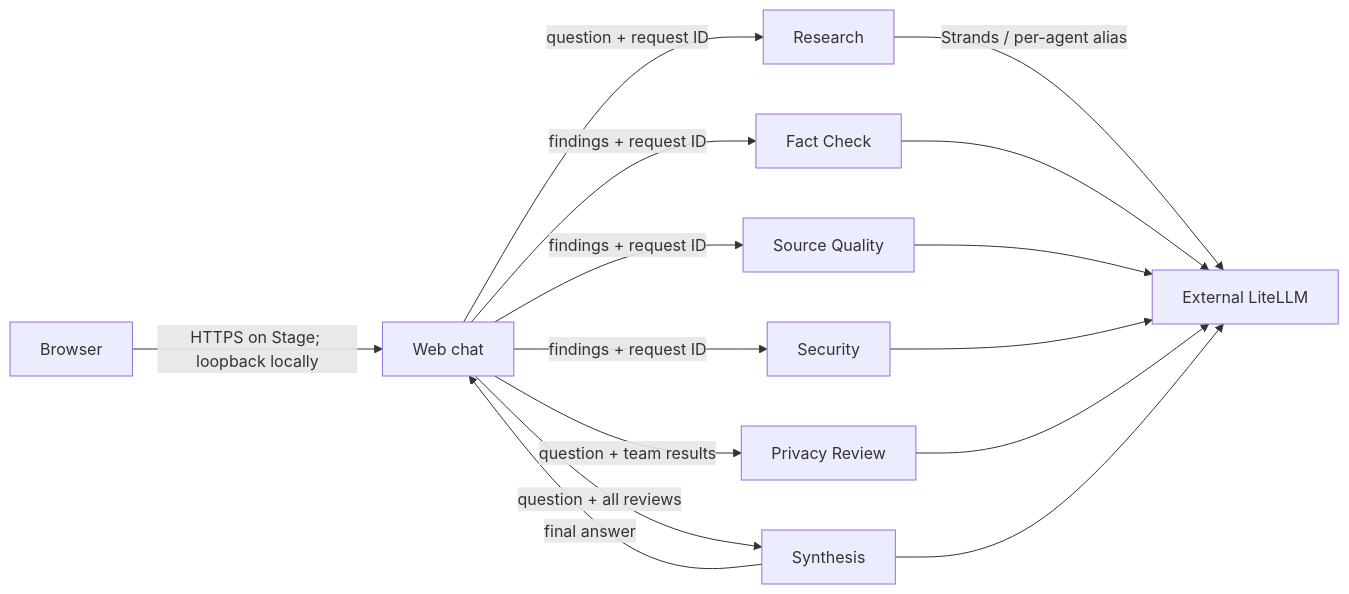
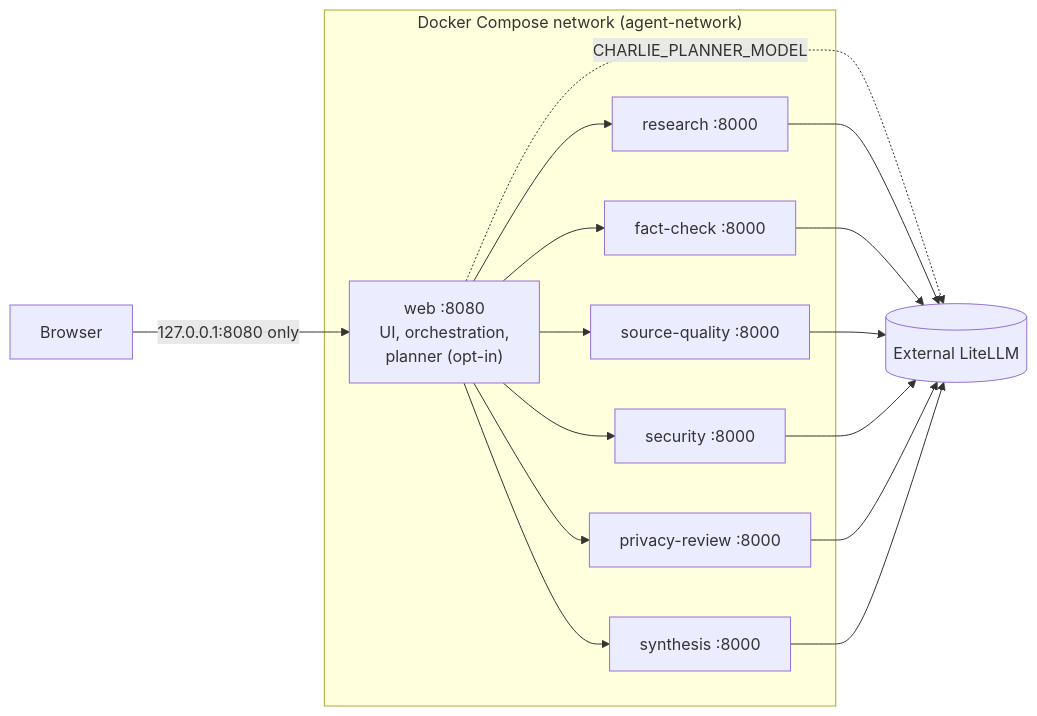
Before and after one commit to vchokshi/viharbot: the second of 6 diagrams in docs/architecture.md, drawn with Mermaid. The commit also changed other lines of this file and 17 other files, not shown here.

First line of the commit message:
Phase 6.5: architecture audit, documentation reconciliation, development baseline

````diff
--- a/docs/architecture.md
+++ b/docs/architecture.md
@@ -7,17 +33,16 @@
 ```mermaid
 flowchart LR
-  U[Browser] -->|HTTPS on Stage; loopback locally| W[Web chat]
-  W -->|question + request ID| R[Research]
-  W -->|findings + request ID| F[Fact Check]
-  W -->|findings + request ID| Q[Source Quality]
-  W -->|findings + request ID| S[Security]
-  W -->|question + team results| P[Privacy Review]
-  W -->|question + all reviews| Y[Synthesis]
-  R -->|Strands / per-agent alias| L[External LiteLLM]
-  F --> L
-  Q --> L
-  S --> L
-  P --> L
-  Y --> L
-  Y -->|final answer| W
+  subgraph Host["Docker Compose network (agent-network)"]
+    W["web :8080<br/>UI, orchestration,<br/>planner (opt-in)"]
+    R[research :8000]
+    F[fact-check :8000]
+    Q[source-quality :8000]
+    S[security :8000]
+    P[privacy-review :8000]
+    Y[synthesis :8000]
+  end
+  U[Browser] -->|127.0.0.1:8080 only| W
+  W --> R & F & Q & S & P & Y
+  W -. "CHARLIE_PLANNER_MODEL" .-> L[(External LiteLLM)]
+  R & F & Q & S & P & Y --> L
 ```
````
